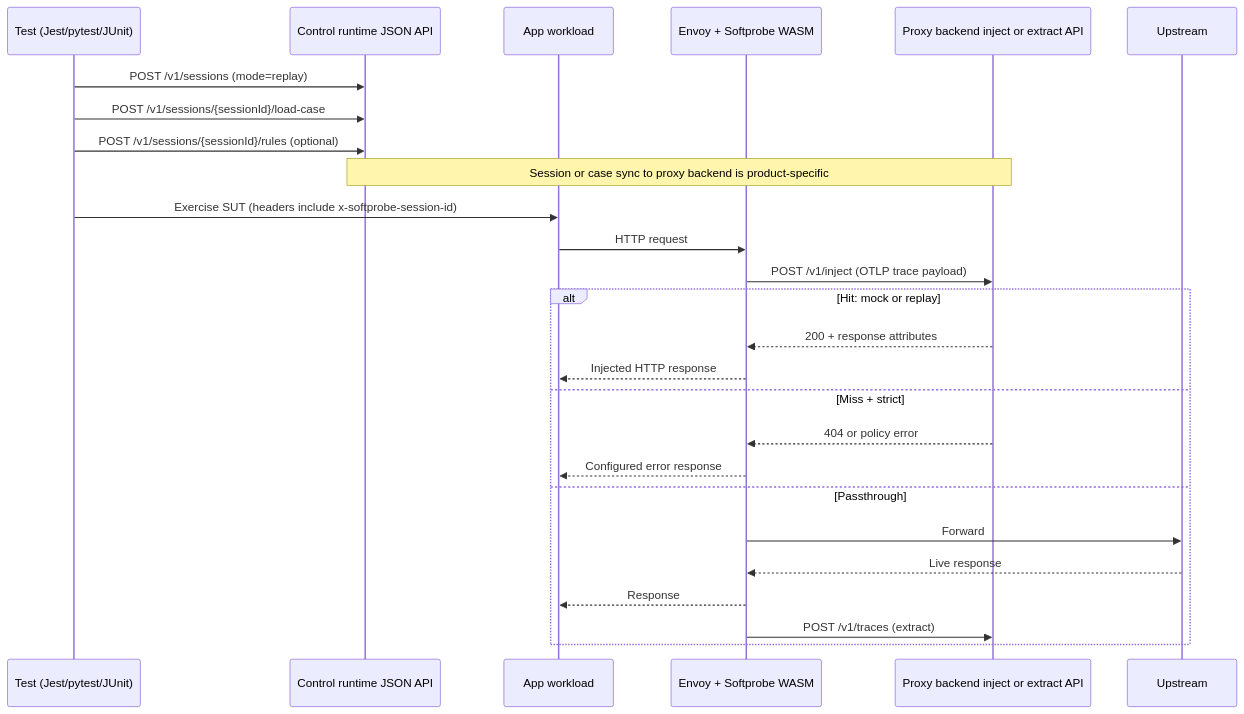
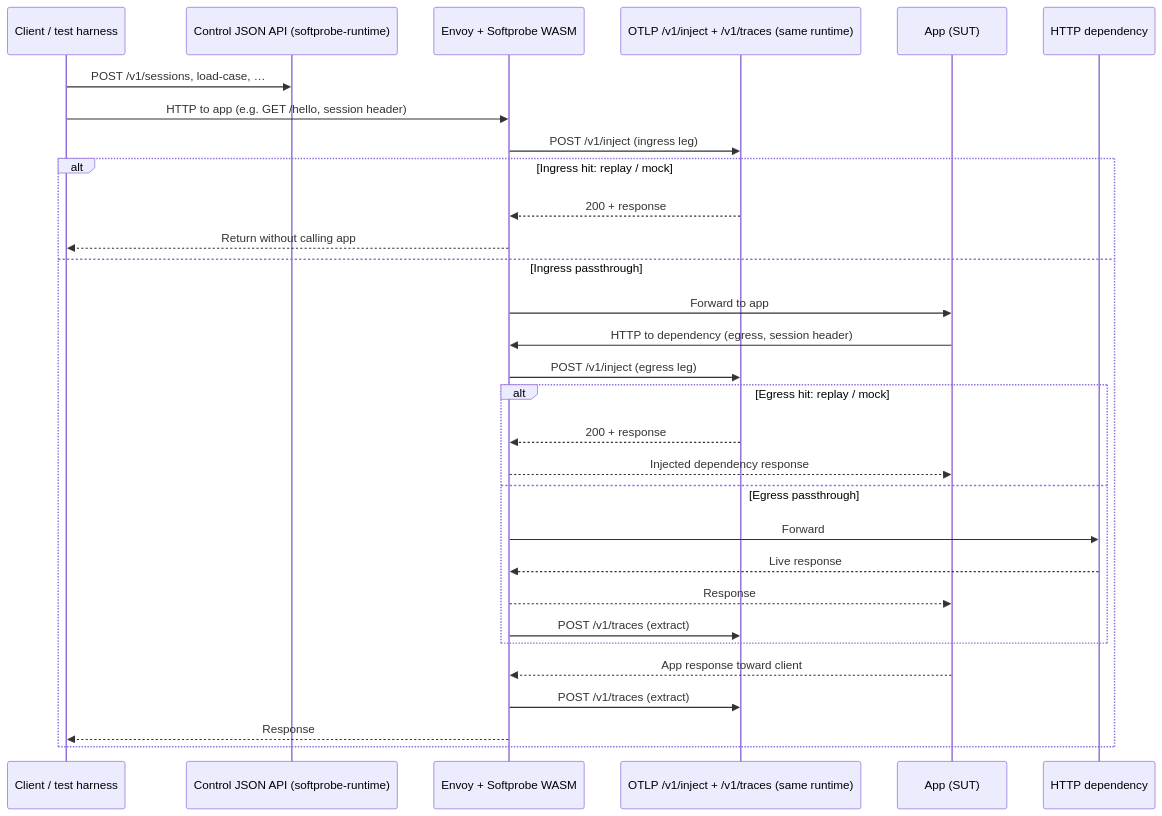
One commit to softprobe/hybrid changed the diagram in docs/design.md. Above: the diagram before and after it, drawn with Mermaid. The commit also changed other lines of this file and 59 other files, not shown here.

First line of the commit message:
Unified runtime OTLP inject/extract, e2e harness, proxy W3C context, design/SDK docs

````diff
--- a/docs/design.md
+++ b/docs/design.md
@@ -114,29 +444,33 @@
 ```mermaid
 sequenceDiagram
-  participant T as Test (Jest/pytest/JUnit)
-  participant R as Control runtime JSON API
-  participant A as App workload
+  participant C as Client / test harness
+  participant R as Control JSON API (softprobe-runtime)
   participant P as Envoy + Softprobe WASM
-  participant B as Proxy backend inject or extract API
-  participant U as Upstream
+  participant B as OTLP /v1/inject + /v1/traces (same runtime)
+  participant A as App (SUT)
+  participant U as HTTP dependency
 
-  T->>R: POST /v1/sessions (mode=replay)
-  T->>R: POST /v1/sessions/{sessionId}/load-case
-  T->>R: POST /v1/sessions/{sessionId}/rules (optional)
-  Note over R,B: Session or case sync to proxy backend is product-specific
-  T->>A: Exercise SUT (headers include x-softprobe-session-id)
-  A->>P: HTTP request
-  P->>B: POST /v1/inject (OTLP trace payload)
-  alt Hit: mock or replay
-    B-->>P: 200 + response attributes
-    P-->>A: Injected HTTP response
-  else Miss + strict
-    B-->>P: 404 or policy error
-    P-->>A: Configured error response
-  else Passthrough
-    P->>U: Forward
-    U-->>P: Live response
-    P-->>A: Response
+  C->>R: POST /v1/sessions, load-case, …
+  C->>P: HTTP to app (e.g. GET /hello, session header)
+  P->>B: POST /v1/inject (ingress leg)
+  alt Ingress hit: replay / mock
+    B-->>P: 200 + response
+    P-->>C: Return without calling app
+  else Ingress passthrough
+    P->>A: Forward to app
+    A->>P: HTTP to dependency (egress, session header)
+    P->>B: POST /v1/inject (egress leg)
+    alt Egress hit: replay / mock
+      B-->>P: 200 + response
+      P-->>A: Injected dependency response
+    else Egress passthrough
+      P->>U: Forward
+      U-->>P: Live response
+      P-->>A: Response
+      P->>B: POST /v1/traces (extract)
+    end
+    A-->>P: App response toward client
     P->>B: POST /v1/traces (extract)
+    P-->>C: Response
   end
 ```
````
